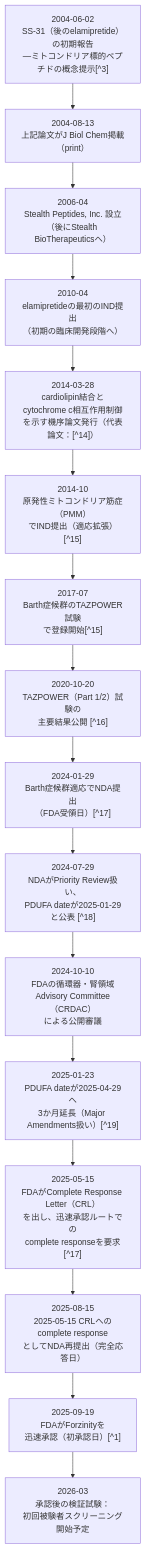
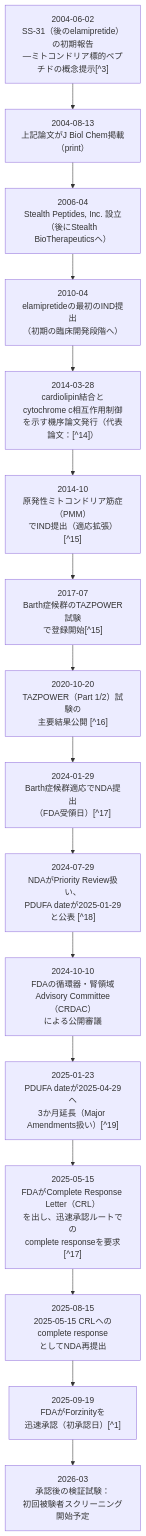
Before and after one commit to NagiMukae/organelle-therapeutics-tracker: the diagram in _posts/2025-10-17-forzinity-approval.md, drawn with Mermaid. The commit also changed other lines of this file, not shown here.

````diff
--- a/_posts/2025-10-17-forzinity-approval.md
+++ b/_posts/2025-10-17-forzinity-approval.md
@@ -134,20 +134,20 @@
 ```mermaid
 flowchart TB
 
 A["<div class='tl-card'><div class='tl-date'>2004-06-02</div><div class='tl-sep'></div><div class='tl-body'>SS-31（後のelamipretide）の初期報告<br/>—ミトコンドリア標的ペプチドの概念提示[^3]</div></div>"]
   --> B["<div class='tl-card'><div class='tl-date'>2004-08-13</div><div class='tl-sep'></div><div class='tl-body'>上記論文がJ Biol Chem掲載（print）</div></div>"]
   --> C["<div class='tl-card'><div class='tl-date'>2006-04</div><div class='tl-sep'></div><div class='tl-body'>Stealth Peptides, Inc. 設立<br/>（後にStealth BioTherapeuticsへ）</div></div>"]
   --> D["<div class='tl-card'><div class='tl-date'>2010-04</div><div class='tl-sep'></div><div class='tl-body'>elamipretideの最初のIND提出<br/>（初期の臨床開発段階へ）</div></div>"]
   --> E["<div class='tl-card'><div class='tl-date'>2014-03-28</div><div class='tl-sep'></div><div class='tl-body'>cardiolipin結合とcytochrome c相互作用制御<br/>を示す機序論文発行（代表論文：[^14]）</div></div>"]
   --> F["<div class='tl-card'><div class='tl-date'>2014-10</div><div class='tl-sep'></div><div class='tl-body'>原発性ミトコンドリア筋症（PMM）<br/>でIND提出（適応拡張）[^15]</div></div>"]
   --> G["<div class='tl-card'><div class='tl-date'>2017-07</div><div class='tl-sep'></div><div class='tl-body'>Barth症候群のTAZPOWER試験<br/>で登録開始[^15]</div></div>"]
   --> H["<div class='tl-card'><div class='tl-date'>2020-10-20</div><div class='tl-sep'></div><div class='tl-body'>TAZPOWER（Part 1/2）試験の<br/>主要結果公開 [^16]</div></div>"]
   --> I["<div class='tl-card'><div class='tl-date'>2024-01-29</div><div class='tl-sep'></div><div class='tl-body'>Barth症候群適応でNDA提出<br/>（FDA受領日）[^17]</div></div>"]
   --> J["<div class='tl-card'><div class='tl-date'>2024-07-29</div><div class='tl-sep'></div><div class='tl-body'>NDAがPriority Review扱い、<br/>PDUFA dateが2025-01-29と公表 [^18]</div></div>"]
   --> K["<div class='tl-card'><div class='tl-date'>2024-10-10</div><div class='tl-sep'></div><div class='tl-body'>FDAの循環器・腎領域<br/>Advisory Committee（CRDAC）<br/>による公開審議</div></div>"]
   --> L["<div class='tl-card'><div class='tl-date'>2025-01-23</div><div class='tl-sep'></div><div class='tl-body'>PDUFA dateが2025-04-29へ<br/>3か月延長（Major Amendments扱い）[^19]</div></div>"]
   --> M["<div class='tl-card'><div class='tl-date'>2025-05-15</div><div class='tl-sep'></div><div class='tl-body'>FDAがComplete Response Letter（CRL）<br/>を出し、迅速承認ルートでの<br/>complete responseを要求[^17]</div></div>"]
-  --> N["<div class='tl-card'><div class='tl-date'>2025-08-15</div><div class='tl-sep'></div><div class='tl-body'>2025-05-15 CRLへのcomplete response<br/>としてNDA再提出（完全応答日）</div></div>"]
+  --> N["<div class='tl-card'><div class='tl-date'>2025-08-15</div><div class='tl-sep'></div><div class='tl-body'>2025-05-15 CRLへのcomplete response<br/>としてNDA再提出</div></div>"]
   --> O["<div class='tl-card'><div class='tl-date'>2025-09-19</div><div class='tl-sep'></div><div class='tl-body'>FDAがForzinityを<br/>迅速承認（初承認日）[^1]</div></div>"]
   --> P["<div class='tl-card'><div class='tl-date'>2026-03</div><div class='tl-sep'></div><div class='tl-body'>承認後の検証試験：<br/>初回被験者スクリーニング開始予定</div></div>"]
 ```
````
